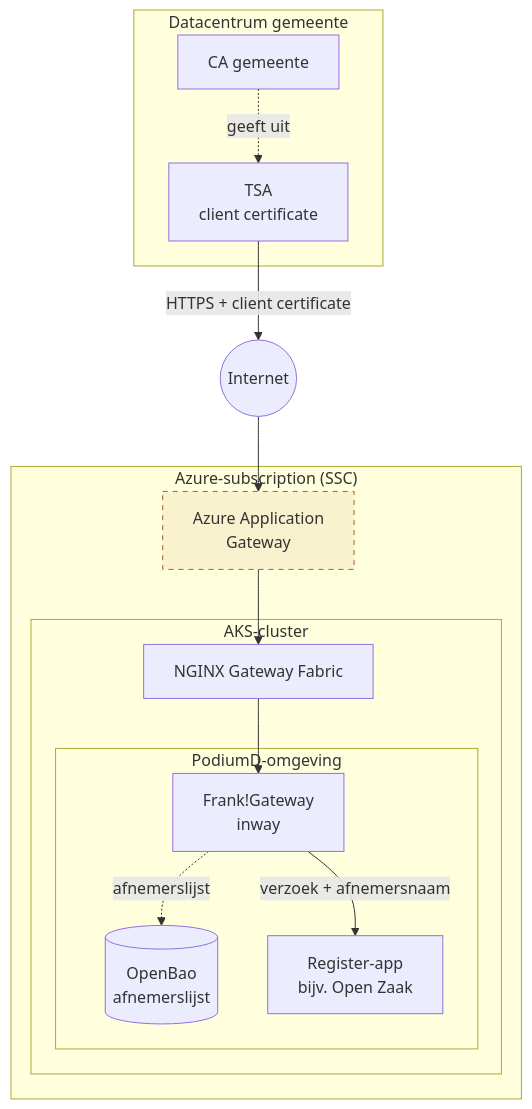
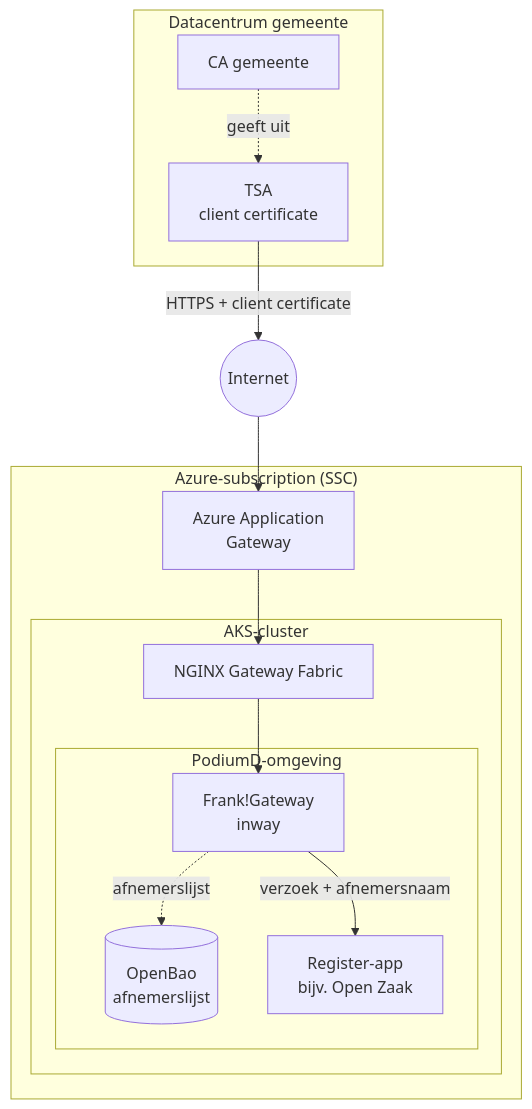
Before and after one commit to Dimpact-Samenwerking/helm-charts: the first of 3 diagrams in charts/podiumd/docs/apps/frankgateway/frankgateway-tsa-setup-and-flow-NL.md, drawn with Mermaid. The commit also changed other lines of this file and 38 other files, not shown here.

````diff
--- a/charts/podiumd/docs/apps/frankgateway/frankgateway-tsa-setup-and-flow-NL.md
+++ b/charts/podiumd/docs/apps/frankgateway/frankgateway-tsa-setup-and-flow-NL.md
@@ -59,25 +63,24 @@
 ```mermaid
 flowchart TB
   subgraph dc["Datacentrum gemeente"]
     ca["CA gemeente"]
     tsa["TSA<br/>client certificate"]
     ca -. "geeft uit" .-> tsa
   end
   inet(("Internet"))
   subgraph az["Azure-subscription (SSC)"]
     aag["Azure Application<br/>Gateway"]
     subgraph aks["AKS-cluster"]
       ngf["NGINX Gateway Fabric"]
       subgraph pd["PodiumD-omgeving"]
         fg["Frank!Gateway<br/>inway"]
         bao[("OpenBao<br/>afnemerslijst")]
         reg["Register-app<br/>bijv. Open Zaak"]
       end
     end
   end
   tsa -- "HTTPS + client certificate" --> inet
   inet --> aag --> ngf --> fg
   fg -. "afnemerslijst" .-> bao
   fg -- "verzoek + afnemersnaam" --> reg
-  style aag fill:#f9f2cf,stroke:#a0602a,stroke-dasharray: 5 5
 ```
````
